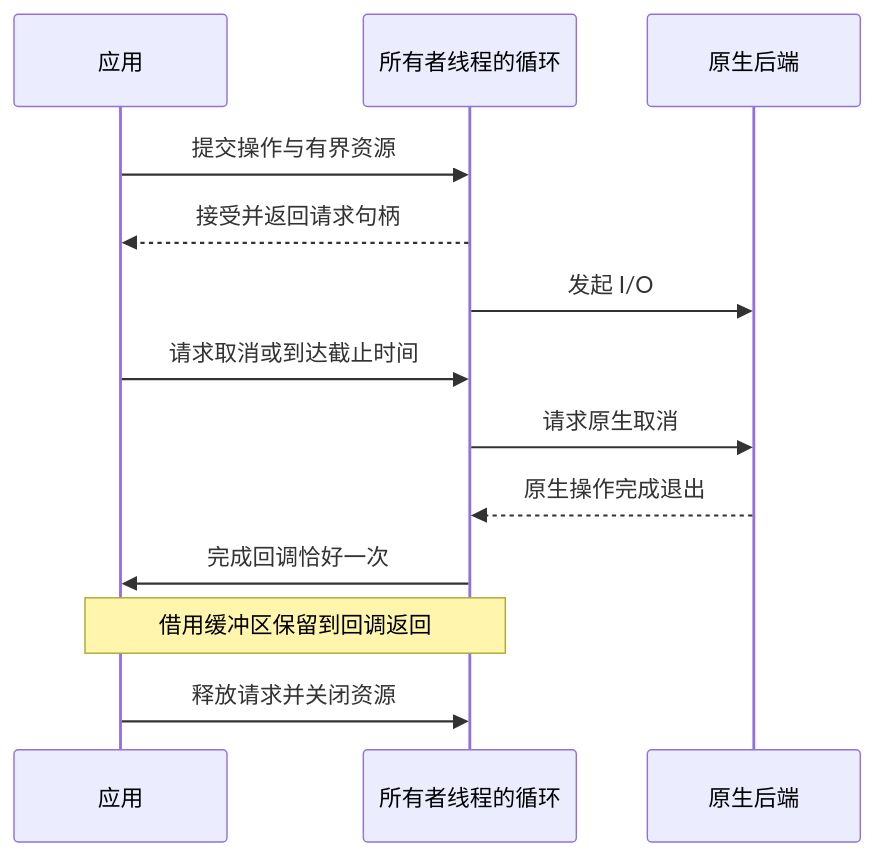
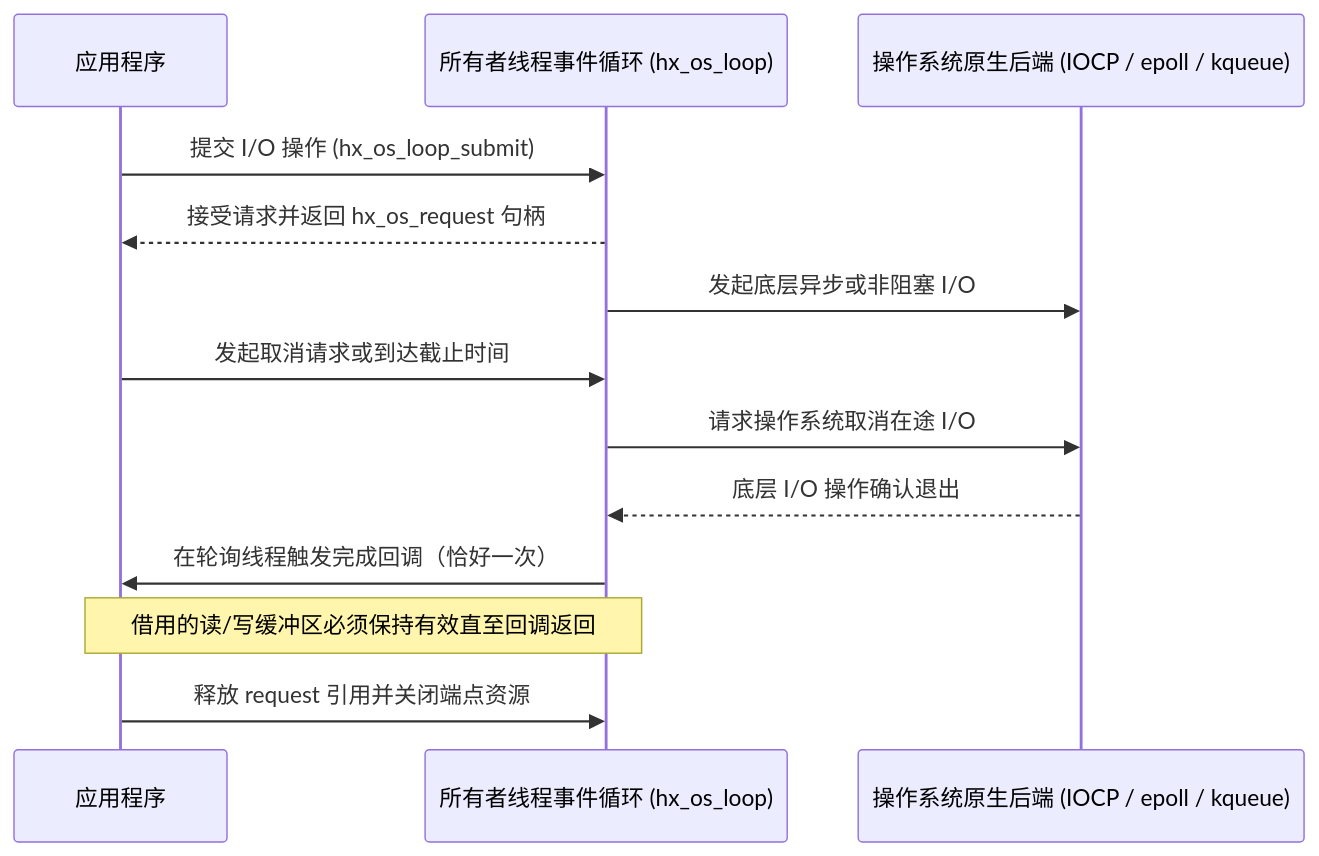
The third of 4 diagrams in docs/REFERENCE.zh-CN.md (HuangX666/hx_c_platform), drawn with Mermaid before and after one commit. The commit also changed other lines of this file and 135 other files, not shown here.

````diff
--- a/docs/REFERENCE.zh-CN.md
+++ b/docs/REFERENCE.zh-CN.md
@@ -1319,15 +1341,15 @@
 ```mermaid
 sequenceDiagram
-    participant App as 应用
-    participant Reactor as 所有者线程的循环
-    participant OS as 原生后端
-    App->>Reactor: 提交操作与有界资源
-    Reactor-->>App: 接受并返回请求句柄
-    Reactor->>OS: 发起 I/O
-    App->>Reactor: 请求取消或到达截止时间
-    Reactor->>OS: 请求原生取消
-    OS-->>Reactor: 原生操作完成退出
-    Reactor->>App: 完成回调恰好一次
-    Note over App,Reactor: 借用缓冲区保留到回调返回
-    App->>Reactor: 释放请求并关闭资源
+    participant App as 应用程序
+    participant Reactor as 所有者线程事件循环 (hx_os_loop)
+    participant OS as 操作系统原生后端 (IOCP / epoll / kqueue)
+    App->>Reactor: 提交 I/O 操作 (hx_os_loop_submit)
+    Reactor-->>App: 接受请求并返回 hx_os_request 句柄
+    Reactor->>OS: 发起底层异步或非阻塞 I/O
+    App->>Reactor: 发起取消请求或到达截止时间
+    Reactor->>OS: 请求操作系统取消在途 I/O
+    OS-->>Reactor: 底层 I/O 操作确认退出
+    Reactor->>App: 在轮询线程触发完成回调（恰好一次）
+    Note over App,Reactor: 借用的读/写缓冲区必须保持有效直至回调返回
+    App->>Reactor: 释放 request 引用并关闭端点资源
 ```
````
